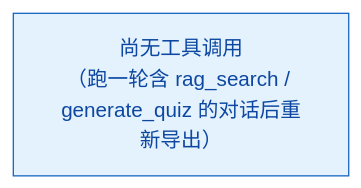
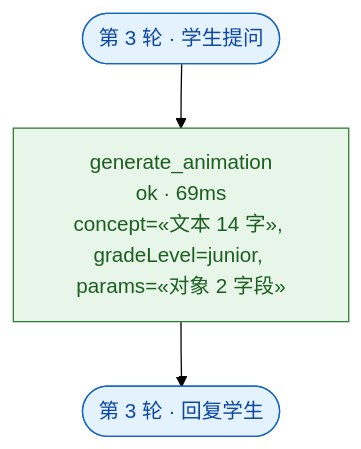
One commit to IceFireIcer/K12AgentProject changed the diagram in docs/tool-trace.md. Above: the diagram before and after it, drawn with Mermaid (forest theme). The commit also changed other lines of this file and 36 other files, not shown here.

````diff
--- a/docs/tool-trace.md
+++ b/docs/tool-trace.md
@@ -11,11 +11,13 @@
 ```mermaid
 flowchart TD
   %% 由 desktop/src/main/agent/trace.ts 自动生成，请勿手改
-  %% 生成时间：2026-09-19T18:47:24.794Z｜轮数：3｜调用：0 次
+  %% 生成时间：2026-09-22T02:32:21.436Z｜轮数：3｜调用：1 次
   %% 参数只记摘要（不含原文 / 密钥 / 学生个人信息）
   classDef turn fill:#e3f2fd,stroke:#1565c0,stroke-width:1px,color:#0d47a1
   classDef ok fill:#e8f5e9,stroke:#2e7d32,stroke-width:1px,color:#1b5e20
   classDef fail fill:#ffebee,stroke:#c62828,stroke-width:1px,color:#b71c1c
   classDef blocked fill:#fff8e1,stroke:#f9a825,stroke-width:1px,color:#795548
-  EMPTY["尚无工具调用<br/>（跑一轮含 rag_search / generate_quiz 的对话后重新导出）"]:::turn
+  T3_START(["第 3 轮 · 学生提问"]):::turn
+  T3_START --> T3_C_1["generate_animation<br/>ok · 69ms<br/>concept=«文本 14 字», gradeLevel=junior, params=«对象 2 字段»"]:::ok
+  T3_C_1 --> T3_END(["第 3 轮 · 回复学生"]):::turn
 ```
````
